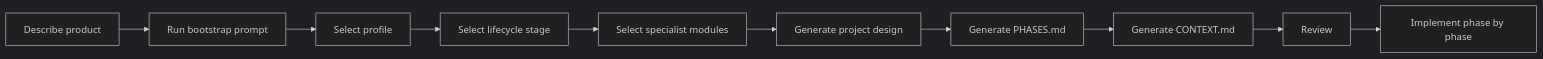
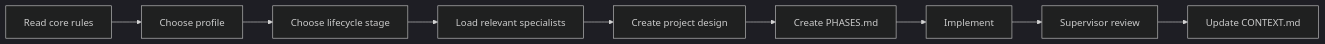
Before and after one commit to cloverhimself/engineering-handbook: the diagram in HANDBOOK.md, drawn with Mermaid (dark theme). The commit also changed other lines of this file, not shown here.

````diff
--- a/HANDBOOK.md
+++ b/HANDBOOK.md
@@ -146,12 +77,11 @@
 ```mermaid
 flowchart LR
-    A[Describe product] --> B[Run bootstrap prompt]
-    B --> C[Select profile]
-    C --> D[Select lifecycle stage]
-    D --> E[Select specialist modules]
-    E --> F[Generate project design]
-    F --> G[Generate PHASES.md]
-    G --> H[Generate CONTEXT.md]
-    H --> I[Review]
-    I --> J[Implement phase by phase]
+    A[Read core rules] --> B[Choose profile]
+    B --> C[Choose lifecycle stage]
+    C --> D[Load relevant specialists]
+    D --> E[Create project design]
+    E --> F[Create PHASES.md]
+    F --> G[Implement]
+    G --> H[Supervisor review]
+    H --> I[Update CONTEXT.md]
 ```
````
